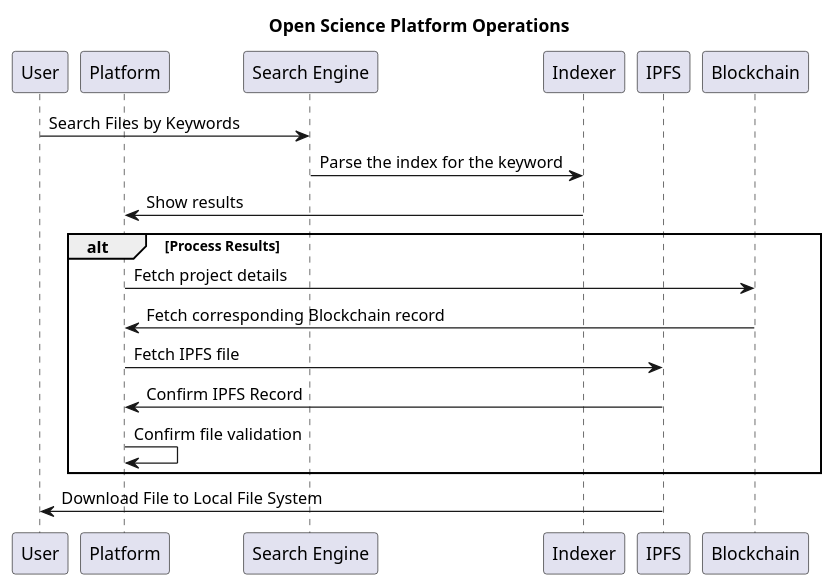
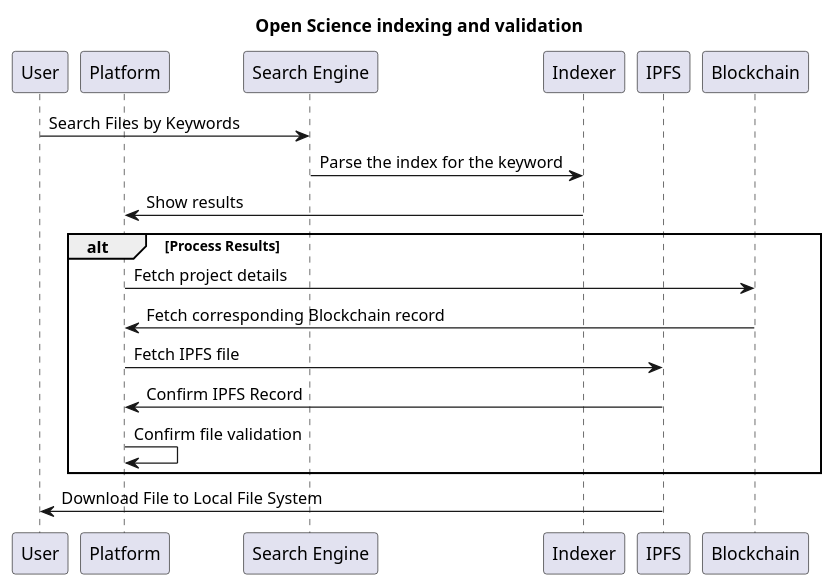
One commit to OliveiraEdu/d-OSP changed the diagram in diagrams/plantUML/operations_2.wsd. Above: the diagram before and after it, drawn with PlantUML. The commit also changed 4 other files, not shown here.

```diff
--- a/diagrams/plantUML/operations_2.wsd
+++ b/diagrams/plantUML/operations_2.wsd
@@ -1,32 +1,32 @@
 @startuml
 
-title Open Science Platform Operations
+title Open Science indexing and validation
 
 participant User as "User"
 participant Platform as "Platform"
 participant SE as "Search Engine"
 participant Indexer as "Indexer"
 participant IPFS as "IPFS"
 participant Blockchain as "Blockchain"
 
 User -> SE: Search Files by Keywords
 SE -> Indexer: Parse the index for the keyword
 
 Indexer -> Platform: Show results
 
 
 alt Process Results
     
     Platform -> Blockchain: Fetch project details
     Blockchain -> Platform: Fetch corresponding Blockchain record
 
     Platform -> IPFS: Fetch IPFS file
     IPFS -> Platform: Confirm IPFS Record
 
     Platform -> Platform: Confirm file validation
 
 end
 
 IPFS -> User: Download File to Local File System
 
 @enduml
```
